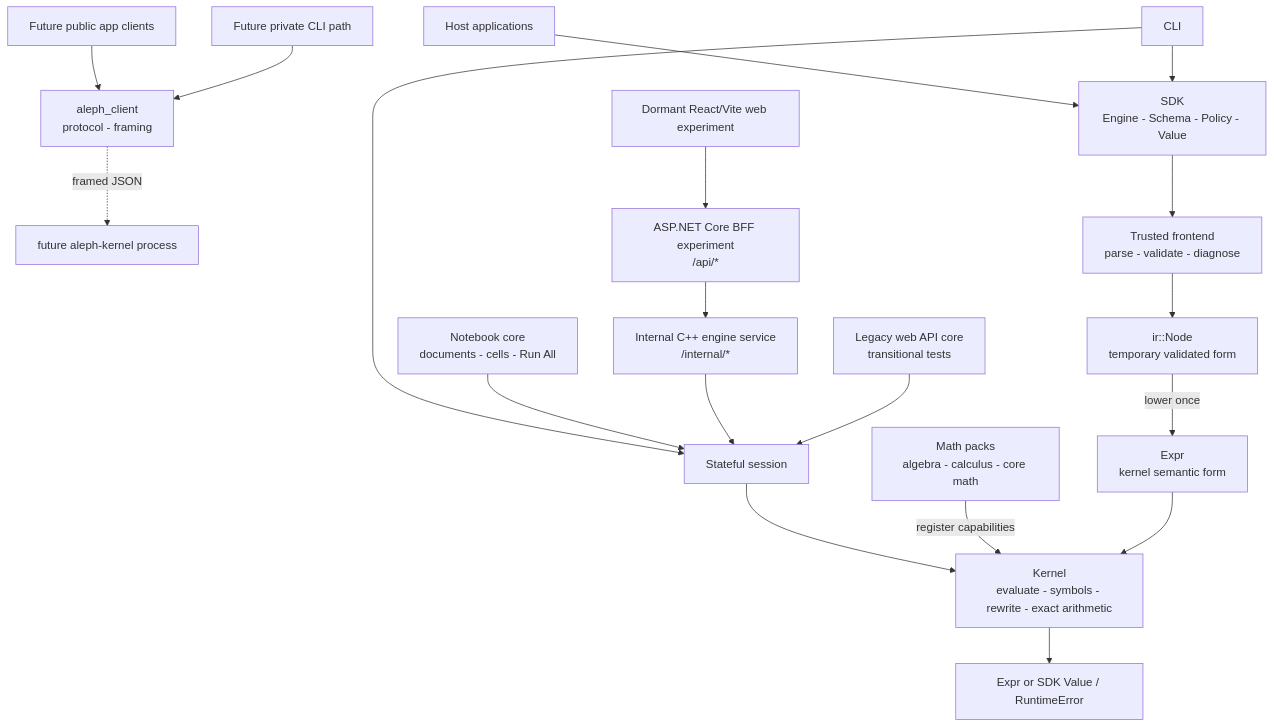
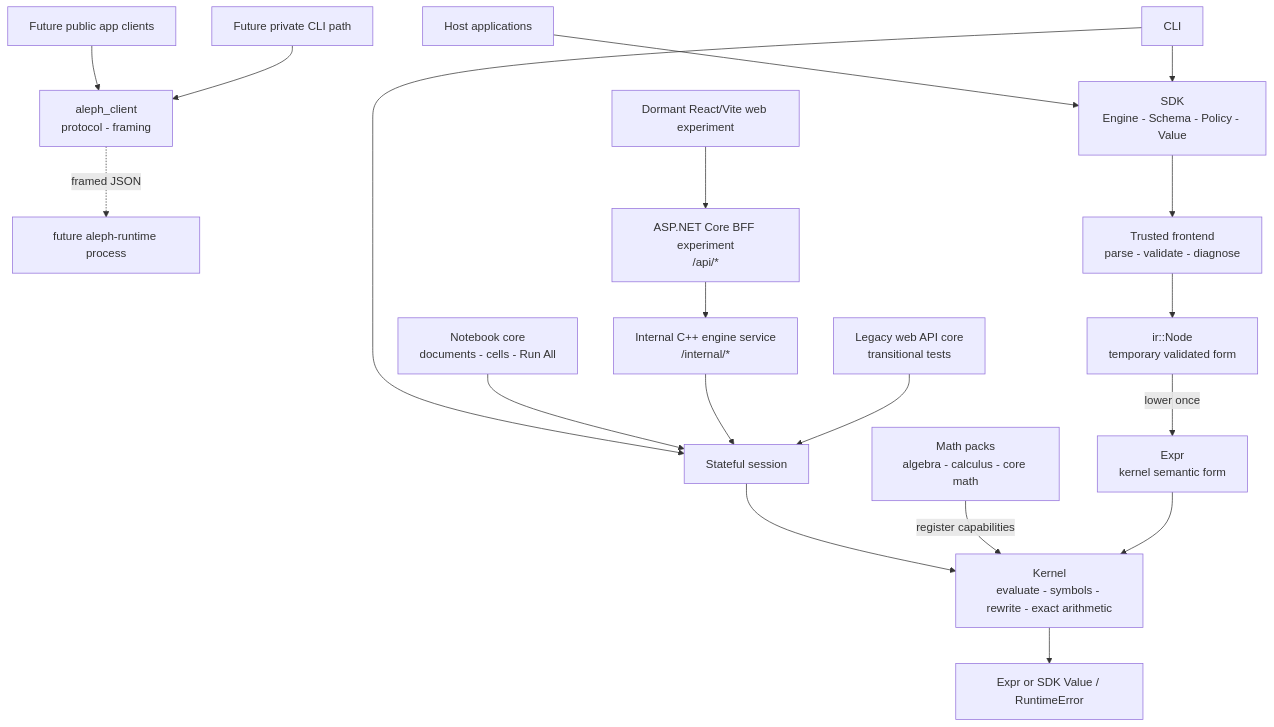
Before and after one commit to sergiorf/aleph3: the first of 10 diagrams in docs/architecture.md, drawn with Mermaid. The commit also changed other lines of this file and 9 other files, not shown here.

First line of the commit message:
docs: archive protocol M1 and detail M2 kernel process plan

````diff
--- a/docs/architecture.md
+++ b/docs/architecture.md
@@ -20,21 +20,21 @@
 ```mermaid
 flowchart TB
     Host["Host applications"] --> SDK["SDK<br/>Engine - Schema - Policy - Value"]
     AppClient["Future public app clients"] --> AlephClient["aleph_client<br/>protocol - framing"]
     PrivateCLI["Future private CLI path"] --> AlephClient
-    AlephClient -. framed JSON .-> KernelProcess["future aleph-kernel process"]
+    AlephClient -. framed JSON .-> RuntimeProcess["future aleph-runtime process"]
     CLI["CLI"] --> Session["Stateful session"]
     Notebook["Notebook core<br/>documents - cells - Run All"] --> Session
     WebFrontend["Dormant React/Vite web experiment"] --> BFF["ASP.NET Core BFF experiment<br/>/api/*"]
     BFF --> EngineSvc["Internal C++ engine service<br/>/internal/*"]
     EngineSvc --> Session
     WebApi["Legacy web API core<br/>transitional tests"] --> Session
     Session --> Kernel
     CLI --> SDK
     SDK --> Frontend["Trusted frontend<br/>parse - validate - diagnose"]
     Frontend --> IR["ir::Node<br/>temporary validated form"]
     IR -->|lower once| Expr["Expr<br/>kernel semantic form"]
     Packs["Math packs<br/>algebra - calculus - core math"] -->|register capabilities| Kernel
     Expr --> Kernel["Kernel<br/>evaluate - symbols - rewrite - exact arithmetic"]
     Kernel --> Result["Expr or SDK Value / RuntimeError"]
 ```
````
